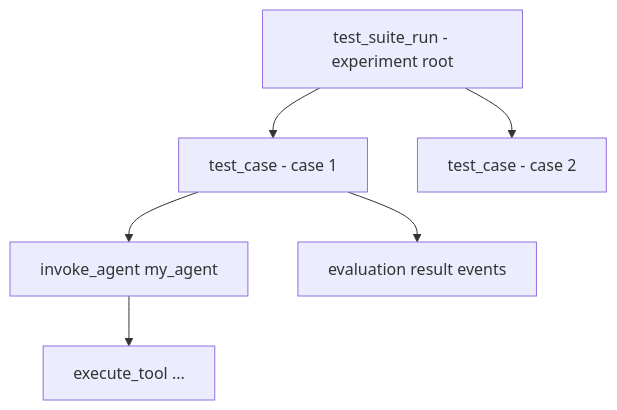
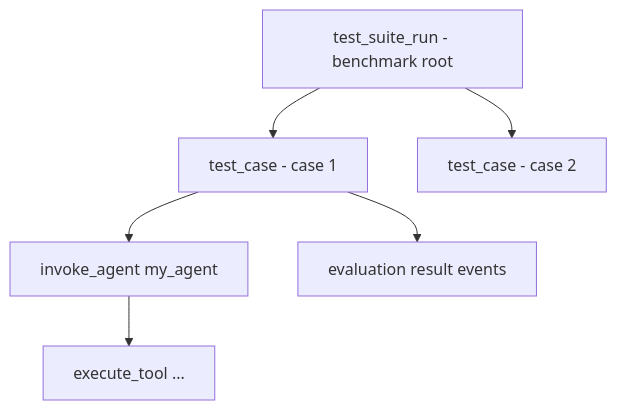
The diagram in docs/starlight-docs/src/content/docs/ai-observability/evaluation.mdx (opensearch-project/observability-stack), drawn with Mermaid before and after one commit. The commit also changed other lines of this file and 4 other files, not shown here.

````diff
--- a/docs/starlight-docs/src/content/docs/ai-observability/evaluation.mdx
+++ b/docs/starlight-docs/src/content/docs/ai-observability/evaluation.mdx
@@ -155,8 +155,8 @@
 ```mermaid
 flowchart TD
-    A["test_suite_run - experiment root"] --> B["test_case - case 1"]
+    A["test_suite_run - benchmark root"] --> B["test_case - case 1"]
     A --> C["test_case - case 2"]
     B --> D["invoke_agent my_agent"]
     B --> E["evaluation result events"]
     D --> F["execute_tool ..."]
 ```
````
